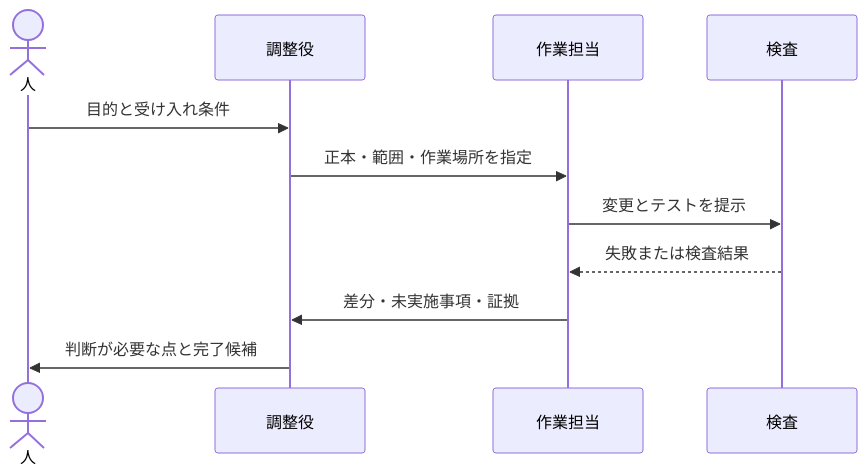
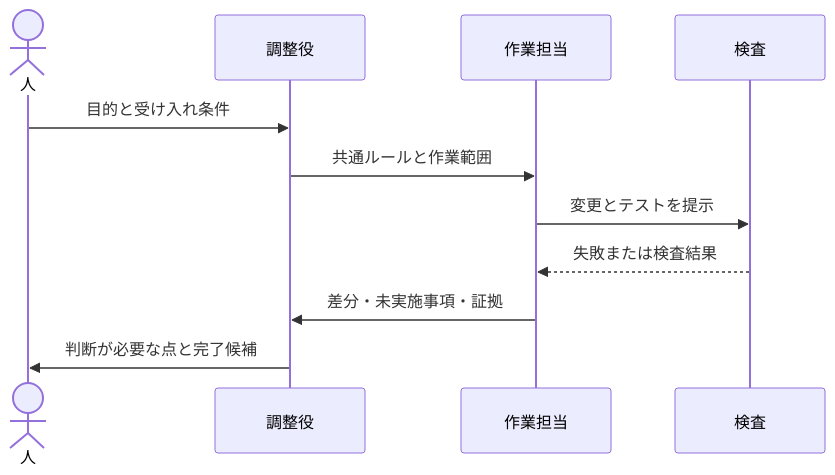
The second of 4 diagrams in docs/articles/qiita-harness-engineering-retrospective.md (kenta-0420/mannschaft), drawn with Mermaid before and after one commit. The commit also changed other lines of this file, not shown here.

````diff
--- a/docs/articles/qiita-harness-engineering-retrospective.md
+++ b/docs/articles/qiita-harness-engineering-retrospective.md
@@ -49,13 +46,13 @@
 ```mermaid
 sequenceDiagram
   actor 人
   participant 調整役
   participant 作業担当
   participant 検査
   人->>調整役: 目的と受け入れ条件
-  調整役->>作業担当: 正本・範囲・作業場所を指定
+  調整役->>作業担当: 共通ルールと作業範囲
   作業担当->>検査: 変更とテストを提示
   検査-->>作業担当: 失敗または検査結果
   作業担当->>調整役: 差分・未実施事項・証拠
   調整役->>人: 判断が必要な点と完了候補
 ```
````
